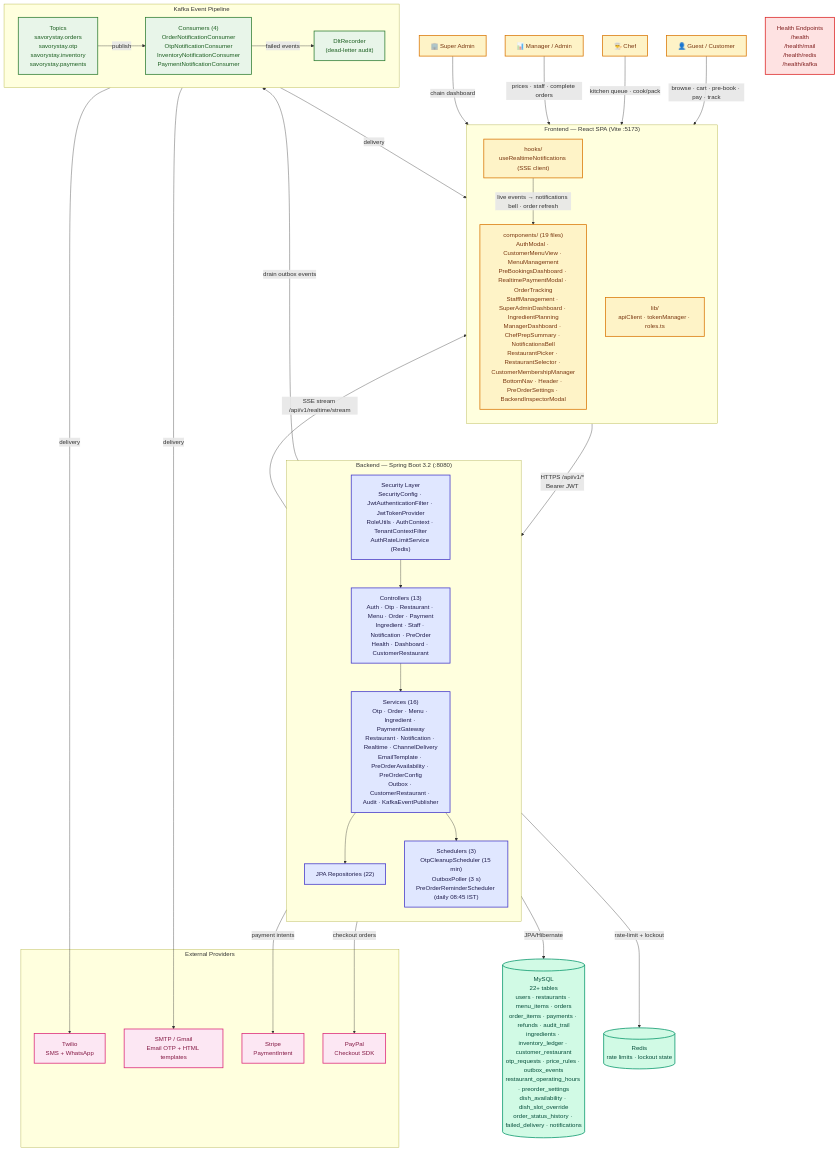
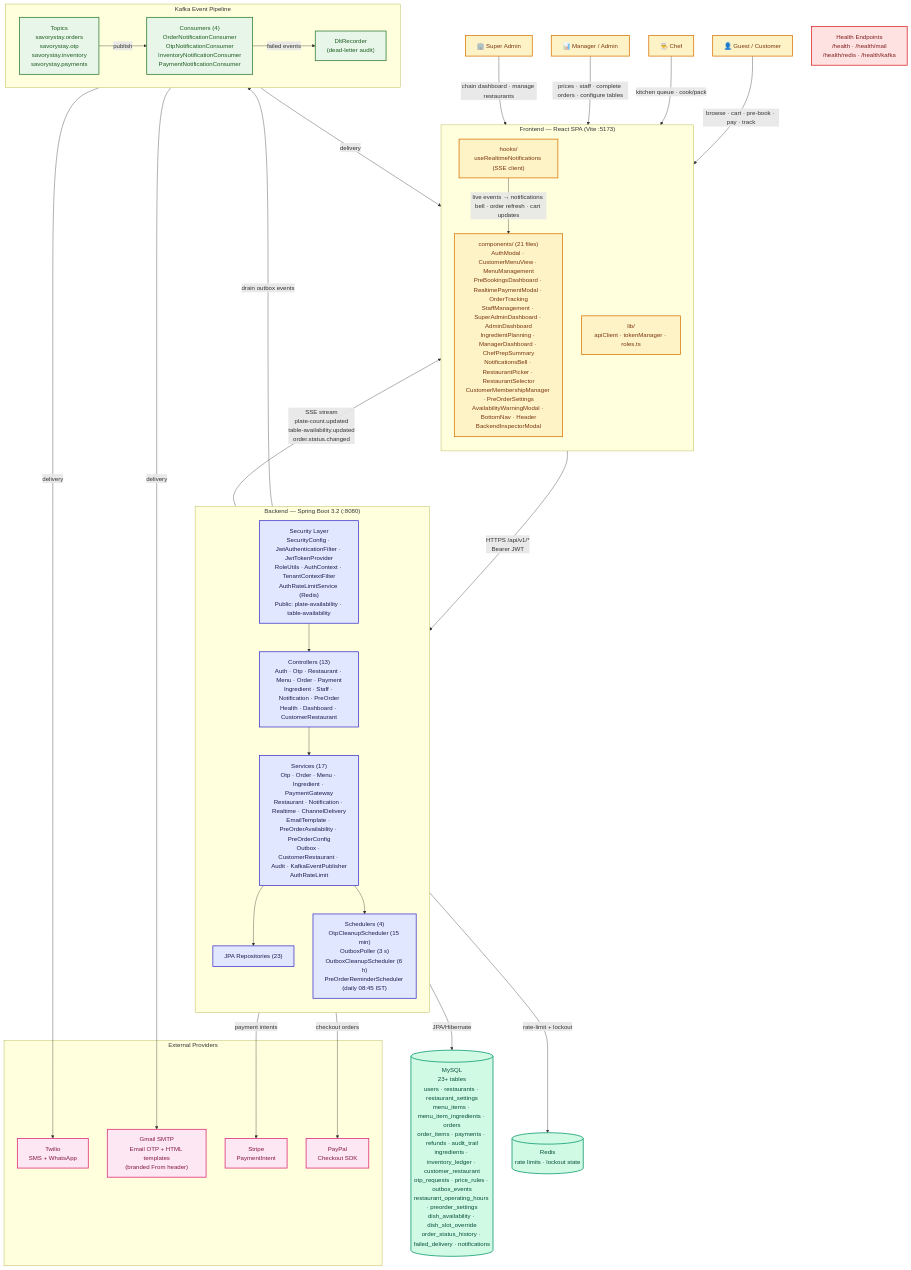
Before and after one commit to InfiniteSoulKKS/Resturant-App: the diagram in ARCHITECTURE_DIAGRAM.mmd, drawn with Mermaid. The commit also changed 4 other files, not shown here.

First line of the commit message:
docs: update all documentation and diagrams for latest features

```diff
--- a/ARCHITECTURE_DIAGRAM.mmd
+++ b/ARCHITECTURE_DIAGRAM.mmd
@@ -1,90 +1,90 @@
 flowchart TD
     %% ─── Styling ───
     classDef fe fill:#fef3c7,stroke:#d97706,color:#78350f,stroke-width:2px
     classDef be fill:#e0e7ff,stroke:#4338ca,color:#1e1b4b,stroke-width:2px
     classDef data fill:#d1fae5,stroke:#059669,color:#064e3b,stroke-width:2px
     classDef ext fill:#fce7f3,stroke:#db2777,color:#831843,stroke-width:2px
     classDef sec fill:#fee2e2,stroke:#dc2626,color:#7f1d1d,stroke-width:2px
     classDef kafka fill:#e8f5e9,stroke:#2e7d32,color:#1b5e20,stroke-width:2px
 
     %% ─── Actors ───
     U[👤 Guest / Customer]
     S[👨‍🍳 Chef]
     M[📊 Manager / Admin]
     A[🏢 Super Admin]
 
     %% ─── Frontend ───
     subgraph FE["Frontend — React SPA (Vite :5173)"]
         direction TB
-        C1["components/ (19 files)<br/>AuthModal · CustomerMenuView · MenuManagement<br/>PreBookingsDashboard · RealtimePaymentModal · OrderTracking<br/>StaffManagement · SuperAdminDashboard · IngredientPlanning<br/>ManagerDashboard · ChefPrepSummary · NotificationsBell<br/>RestaurantPicker · RestaurantSelector · CustomerMembershipManager<br/>BottomNav · Header · PreOrderSettings · BackendInspectorModal"]
+        C1["components/ (21 files)<br/>AuthModal · CustomerMenuView · MenuManagement<br/>PreBookingsDashboard · RealtimePaymentModal · OrderTracking<br/>StaffManagement · SuperAdminDashboard · AdminDashboard<br/>IngredientPlanning · ManagerDashboard · ChefPrepSummary<br/>NotificationsBell · RestaurantPicker · RestaurantSelector<br/>CustomerMembershipManager · PreOrderSettings<br/>AvailabilityWarningModal · BottomNav · Header<br/>BackendInspectorModal"]
         C2["lib/<br/>apiClient · tokenManager · roles.ts"]
         C3["hooks/<br/>useRealtimeNotifications (SSE client)"]
     end
 
     %% ─── Backend ───
     subgraph BE["Backend — Spring Boot 3.2 (:8080)"]
         direction TB
-        SEC["Security Layer<br/>SecurityConfig · JwtAuthenticationFilter · JwtTokenProvider<br/>RoleUtils · AuthContext · TenantContextFilter<br/>AuthRateLimitService (Redis)"]
+        SEC["Security Layer<br/>SecurityConfig · JwtAuthenticationFilter · JwtTokenProvider<br/>RoleUtils · AuthContext · TenantContextFilter<br/>AuthRateLimitService (Redis)<br/>Public: plate-availability · table-availability"]
         CTRL["Controllers (13)<br/>Auth · Otp · Restaurant · Menu · Order · Payment<br/>Ingredient · Staff · Notification · PreOrder<br/>Health · Dashboard · CustomerRestaurant"]
-        SVC["Services (16)<br/>Otp · Order · Menu · Ingredient · PaymentGateway<br/>Restaurant · Notification · Realtime · ChannelDelivery<br/>EmailTemplate · PreOrderAvailability · PreOrderConfig<br/>Outbox · CustomerRestaurant · Audit · KafkaEventPublisher"]
-        SCH["Schedulers (3)<br/>OtpCleanupScheduler (15 min)<br/>OutboxPoller (3 s)<br/>PreOrderReminderScheduler (daily 08:45 IST)"]
-        REPO["JPA Repositories (22)"]
+        SVC["Services (17)<br/>Otp · Order · Menu · Ingredient · PaymentGateway<br/>Restaurant · Notification · Realtime · ChannelDelivery<br/>EmailTemplate · PreOrderAvailability · PreOrderConfig<br/>Outbox · CustomerRestaurant · Audit · KafkaEventPublisher<br/>AuthRateLimit"]
+        SCH["Schedulers (4)<br/>OtpCleanupScheduler (15 min)<br/>OutboxPoller (3 s)<br/>OutboxCleanupScheduler (6 h)<br/>PreOrderReminderScheduler (daily 08:45 IST)"]
+        REPO["JPA Repositories (23)"]
     end
 
     %% ─── Kafka Layer ───
     subgraph KG["Kafka Event Pipeline"]
         direction LR
         KT["Topics<br/>savorystay.orders<br/>savorystay.otp<br/>savorystay.inventory<br/>savorystay.payments"]
         KC["Consumers (4)<br/>OrderNotificationConsumer<br/>OtpNotificationConsumer<br/>InventoryNotificationConsumer<br/>PaymentNotificationConsumer"]
         DL["DltRecorder<br/>(dead-letter audit)"]
     end
 
     %% ─── Data / Infra ───
-    DB[("MySQL<br/>22+ tables<br/>users · restaurants · menu_items · orders<br/>order_items · payments · refunds · audit_trail<br/>ingredients · inventory_ledger · customer_restaurant<br/>otp_requests · price_rules · outbox_events<br/>restaurant_operating_hours · preorder_settings<br/>dish_availability · dish_slot_override<br/>order_status_history · failed_delivery · notifications")]
+    DB[("MySQL<br/>23+ tables<br/>users · restaurants · restaurant_settings<br/>menu_items · menu_item_ingredients · orders<br/>order_items · payments · refunds · audit_trail<br/>ingredients · inventory_ledger · customer_restaurant<br/>otp_requests · price_rules · outbox_events<br/>restaurant_operating_hours · preorder_settings<br/>dish_availability · dish_slot_override<br/>order_status_history · failed_delivery · notifications")]
     RD[("Redis<br/>rate limits · lockout state")]
 
     %% ─── External services ───
     subgraph EXT["External Providers"]
         TW["Twilio<br/>SMS + WhatsApp"]
-        SM["SMTP / Gmail<br/>Email OTP + HTML templates"]
+        SM["Gmail SMTP<br/>Email OTP + HTML templates<br/>(branded From header)"]
         ST["Stripe<br/>PaymentIntent"]
         PP["PayPal<br/>Checkout SDK"]
     end
 
     %% ─── Flows ───
     U -->|"browse · cart · pre-book · pay · track"| FE
     S -->|"kitchen queue · cook/pack"| FE
-    M -->|"prices · staff · complete orders"| FE
-    A -->|"chain dashboard"| FE
+    M -->|"prices · staff · complete orders · configure tables"| FE
+    A -->|"chain dashboard · manage restaurants"| FE
 
     FE -->|"HTTPS /api/v1/*<br/>Bearer JWT"| SEC
     SEC --> CTRL
     CTRL --> SVC
     SVC --> REPO
     SVC --> SCH
     REPO -->|"JPA/Hibernate"| DB
     SEC -->|"rate-limit + lockout"| RD
 
     SCH -->|"drain outbox events"| KT
     KT -->|"publish"| KC
     KC -->|"delivery"| TW
     KC -->|"delivery"| SM
     KC -->|"delivery"| FE
     KC -->|"failed events"| DL
 
     SVC -->|"payment intents"| ST
     SVC -->|"checkout orders"| PP
 
-    SVC -->|"SSE stream /api/v1/realtime/stream"| C3
-    C3 -->|"live events → notifications bell · order refresh"| C1
+    SVC -->|"SSE stream<br/>plate-count.updated<br/>table-availability.updated<br/>order.status.changed"| C3
+    C3 -->|"live events → notifications bell · order refresh · cart updates"| C1
 
     %% ─── Health Check ───
-    HC["Health Endpoints<br/>/health<br/>/health/mail<br/>/health/redis<br/>/health/kafka"]
+    HC["Health Endpoints<br/>/health · /health/mail<br/>/health/redis · /health/kafka"]
 
     class U,S,M,A fe
     class C1,C2,C3 fe
     class SEC,CTRL,SVC,SCH,REPO be
     class KT,KC,DL kafka
     class DB,RD data
     class TW,SM,ST,PP ext
     class HC sec
```
